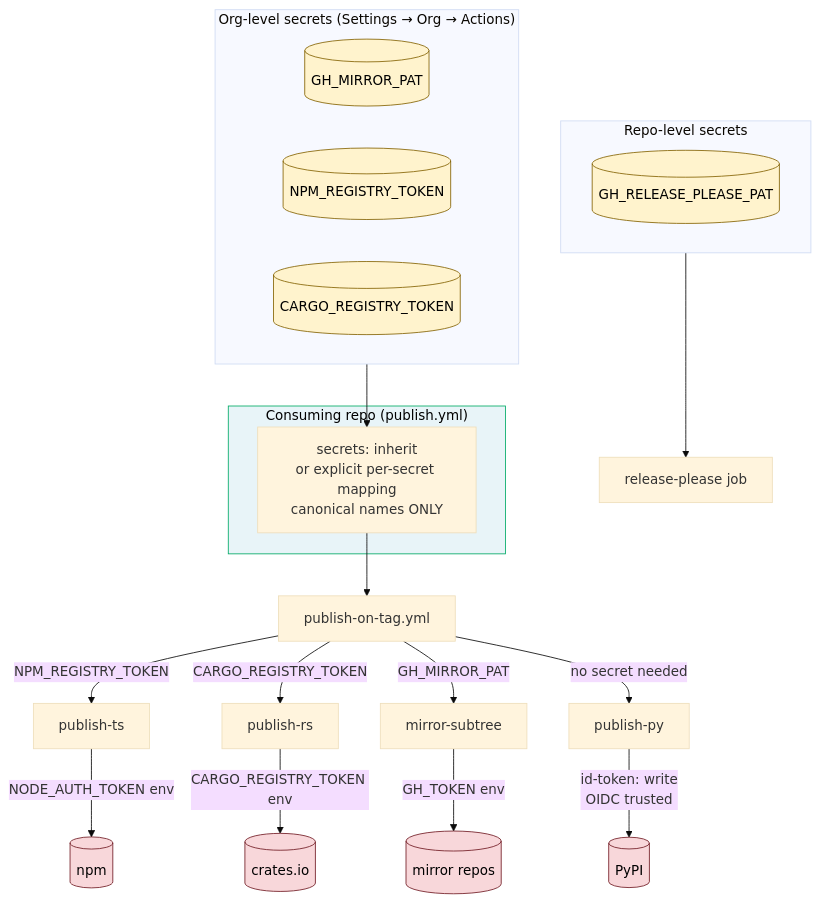
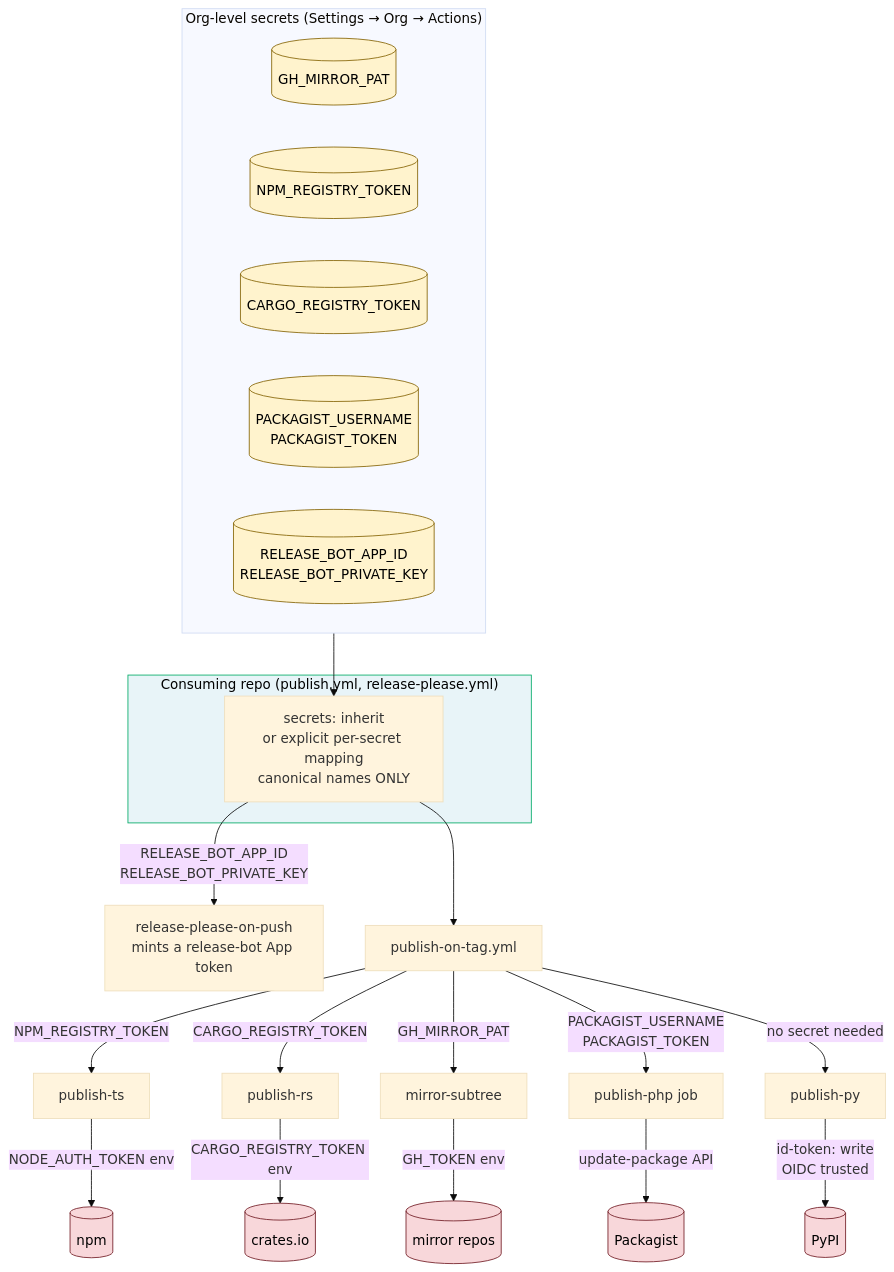
The fourth of 4 diagrams in docs/architecture.md (hop-top/.github), drawn with Mermaid (base theme) before and after one commit. The commit also changed other lines of this file and 4 other files, not shown here.

First line of the commit message:
docs(architecture): publish-php, release-bot secrets, @v0, serial mirror

````diff
--- a/docs/architecture.md
+++ b/docs/architecture.md
@@ -136,38 +143,38 @@
 ```mermaid
 flowchart TB
     subgraph OrgLevel ["Org-level secrets (Settings → Org → Actions)"]
         GH_MIRROR_PAT[(GH_MIRROR_PAT)]
         NPM_REGISTRY_TOKEN[(NPM_REGISTRY_TOKEN)]
         CARGO[(CARGO_REGISTRY_TOKEN)]
+        PACKAGIST_SECRETS[(PACKAGIST_USERNAME<br/>PACKAGIST_TOKEN)]
+        RELEASE_BOT[(RELEASE_BOT_APP_ID<br/>RELEASE_BOT_PRIVATE_KEY)]
     end
 
-    subgraph RepoLevel ["Repo-level secrets"]
-        GH_RP_PAT[(GH_RELEASE_PLEASE_PAT)]
-    end
-
-    subgraph ConsumerRepo ["Consuming repo (publish.yml)"]
+    subgraph ConsumerRepo ["Consuming repo (publish.yml, release-please.yml)"]
         Inherit[secrets: inherit<br/>or explicit per-secret mapping<br/>canonical names ONLY]
     end
 
     OrgLevel --> Inherit
-    RepoLevel --> ReleasePleaseJob[release-please job]
 
+    Inherit -->|RELEASE_BOT_APP_ID<br/>RELEASE_BOT_PRIVATE_KEY| ReleasePleaseJob[release-please-on-push<br/>mints a release-bot App token]
     Inherit --> Router[publish-on-tag.yml]
 
     Router -->|NPM_REGISTRY_TOKEN| PubTS[publish-ts]
     Router -->|CARGO_REGISTRY_TOKEN| PubRS[publish-rs]
     Router -->|GH_MIRROR_PAT| Mirror[mirror-subtree]
+    Router -->|PACKAGIST_USERNAME<br/>PACKAGIST_TOKEN| PubPHP[publish-php job]
     Router -->|no secret needed| PubPY[publish-py]
 
     PubTS -->|NODE_AUTH_TOKEN env| NPM[(npm)]
     PubRS -->|CARGO_REGISTRY_TOKEN env| Crates[(crates.io)]
     Mirror -->|GH_TOKEN env| Targets[(mirror repos)]
+    PubPHP -->|update-package API| PackagistReg[(Packagist)]
     PubPY -->|id-token: write<br/>OIDC trusted| PyPI[(PyPI)]
 
     classDef secret fill:#fff3cd,stroke:#856404,color:#000
     classDef registry fill:#f8d7da,stroke:#721c24,color:#000
     classDef consumer fill:#e8f4f8,stroke:#0a6,color:#000
-    class GH_MIRROR_PAT,NPM_REGISTRY_TOKEN,CARGO,GH_RP_PAT secret
-    class NPM,Crates,Targets,PyPI registry
+    class GH_MIRROR_PAT,NPM_REGISTRY_TOKEN,CARGO,PACKAGIST_SECRETS,RELEASE_BOT secret
+    class NPM,Crates,Targets,PackagistReg,PyPI registry
     class ConsumerRepo consumer
 ```
````
